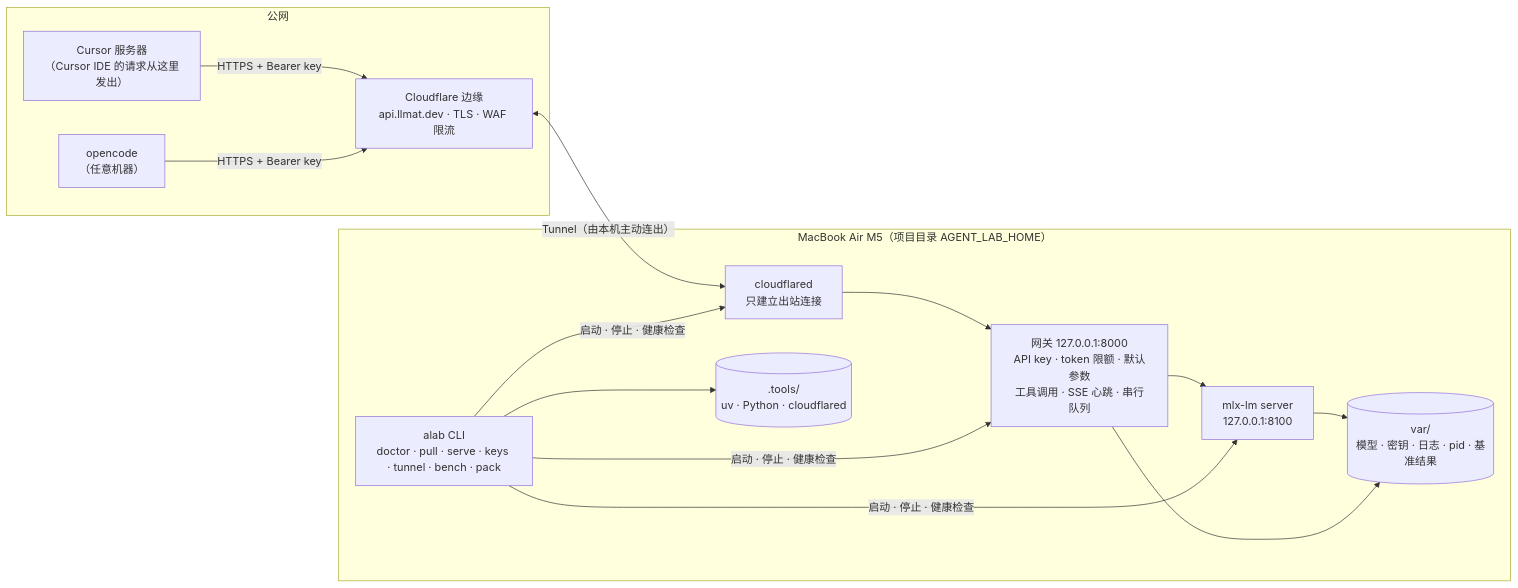
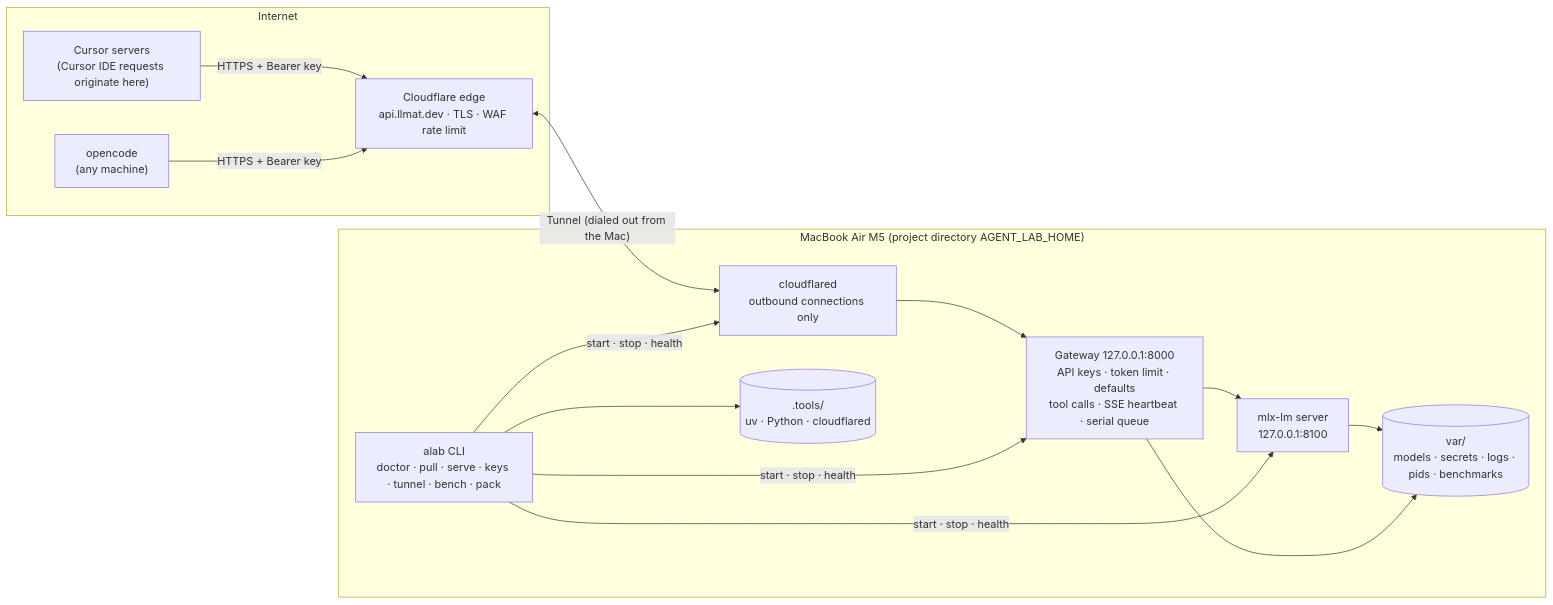
Before and after one commit to likefudan/agent-lab: the diagram in docs/design.md, drawn with Mermaid. The commit also changed other lines of this file and 13 other files, not shown here.

````diff
--- a/docs/design.md
+++ b/docs/design.md
@@ -207,29 +207,29 @@
 ```mermaid
 flowchart LR
-    subgraph Remote["公网"]
-        CursorSrv["Cursor 服务器<br/>（Cursor IDE 的请求从这里发出）"]
-        OpenCode["opencode<br/>（任意机器）"]
-        Edge["Cloudflare 边缘<br/>api.llmat.dev · TLS · WAF 限流"]
+    subgraph Remote["Internet"]
+        CursorSrv["Cursor servers<br/>(Cursor IDE requests originate here)"]
+        OpenCode["opencode<br/>(any machine)"]
+        Edge["Cloudflare edge<br/>api.llmat.dev · TLS · WAF rate limit"]
     end
 
-    subgraph Mac["MacBook Air M5（项目目录 AGENT_LAB_HOME）"]
-        CF["cloudflared<br/>只建立出站连接"]
-        GW["网关 127.0.0.1:8000<br/>API key · token 限额 · 默认参数<br/>工具调用 · SSE 心跳 · 串行队列"]
+    subgraph Mac["MacBook Air M5 (project directory AGENT_LAB_HOME)"]
+        CF["cloudflared<br/>outbound connections only"]
+        GW["Gateway 127.0.0.1:8000<br/>API keys · token limit · defaults<br/>tool calls · SSE heartbeat · serial queue"]
         MLX["mlx-lm server<br/>127.0.0.1:8100"]
         CLI["alab CLI<br/>doctor · pull · serve · keys · tunnel · bench · pack"]
-        Store[("var/<br/>模型 · 密钥 · 日志 · pid · 基准结果")]
+        Store[("var/<br/>models · secrets · logs · pids · benchmarks")]
         Tool[(".tools/<br/>uv · Python · cloudflared")]
     end
 
     CursorSrv -->|HTTPS + Bearer key| Edge
     OpenCode -->|HTTPS + Bearer key| Edge
-    Edge <-->|"Tunnel（由本机主动连出）"| CF
+    Edge <-->|"Tunnel (dialed out from the Mac)"| CF
     CF --> GW
     GW --> MLX
-    CLI -->|"启动 · 停止 · 健康检查"| CF
-    CLI -->|"启动 · 停止 · 健康检查"| GW
-    CLI -->|"启动 · 停止 · 健康检查"| MLX
+    CLI -->|"start · stop · health"| CF
+    CLI -->|"start · stop · health"| GW
+    CLI -->|"start · stop · health"| MLX
     MLX --> Store
     GW --> Store
     CLI --> Tool
 ```
````
